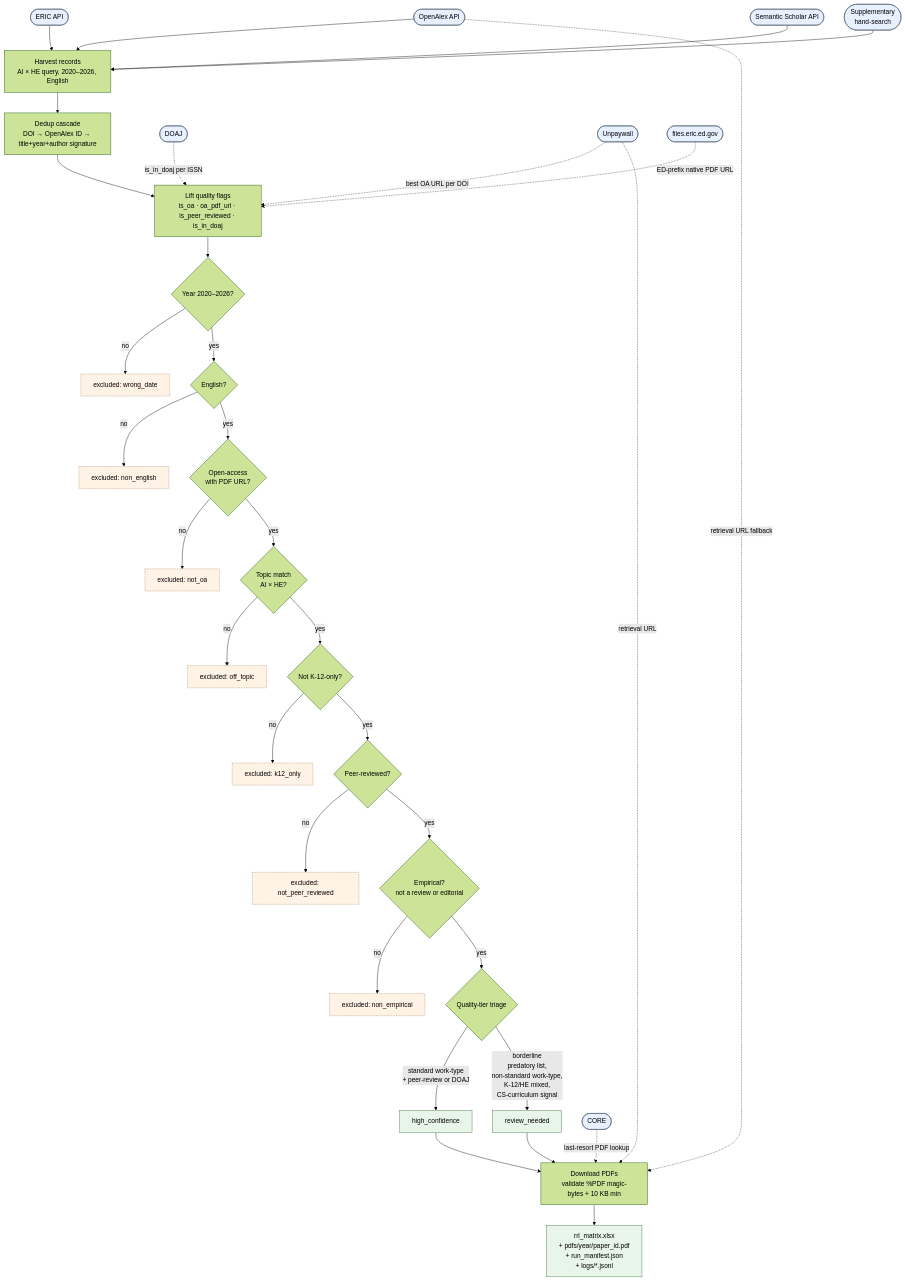
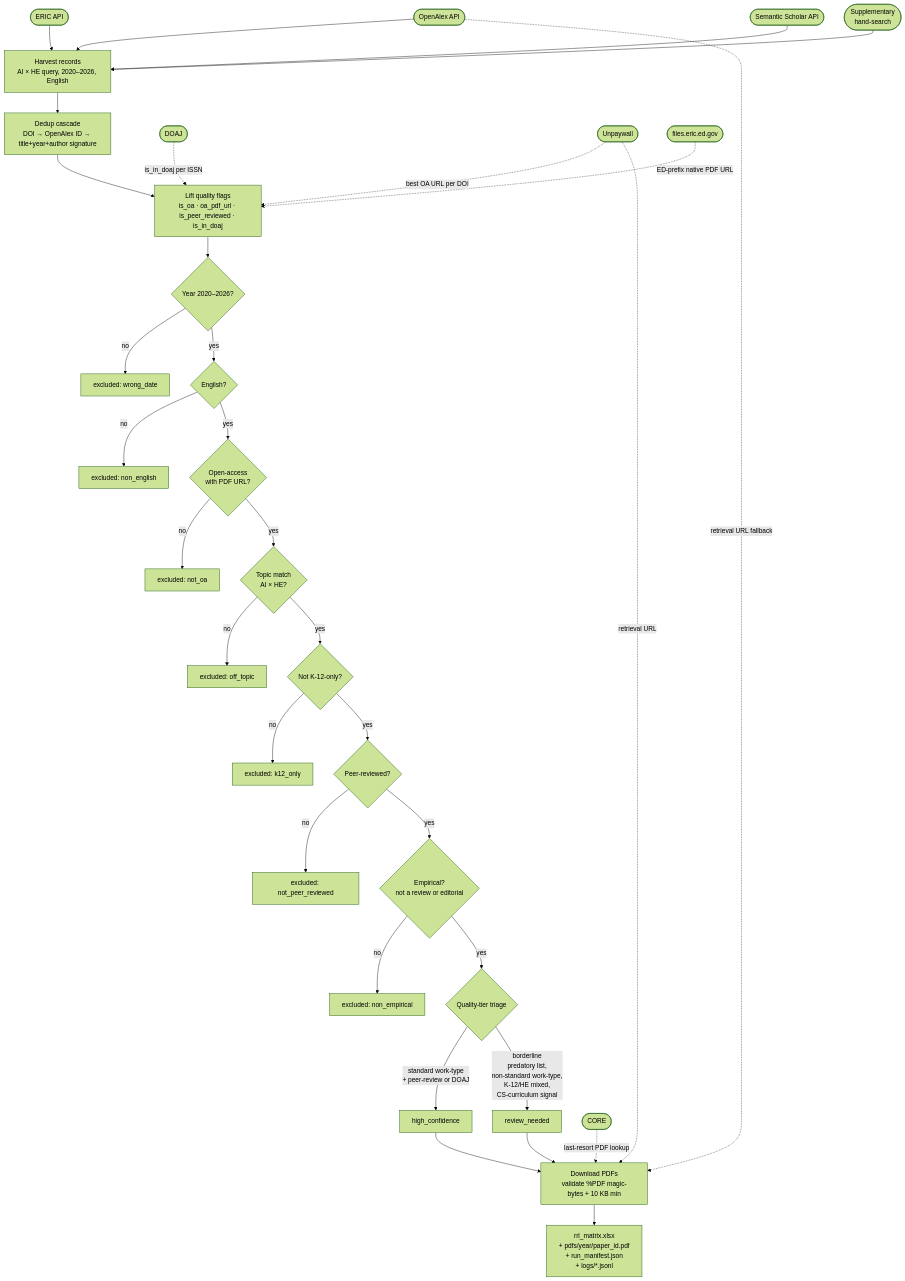
The first of 2 diagrams in README.md (benjiesotelo-sudo/AI-Higher-Ed-RRL), drawn with Mermaid (forest theme) before and after one commit. The commit also changed other lines of this file, not shown here.

Commit message:
docs(readme): drop classDef overrides so Mermaid auto-themes (dark/light)
The pale-pastel fills I added were chosen for a light background and
washed out on GitHub's dark theme — service-pill labels ("ERIC API",
"OpenAlex API" etc.) and the cream exclusion pills were unreadable.

Removing the classDef blocks lets Mermaid pick its built-in palette,
which GitHub auto-adapts to whatever theme the viewer is using.
Shape vocabulary (rounded = services, square = code/files, diamond
= decisions, cylinder = storage) still carries the semantic load.

````diff
--- a/README.md
+++ b/README.md
@@ -25,55 +25,48 @@
 ```mermaid
 flowchart TD
     %% External search sources
     SVC_OA([OpenAlex API])
     SVC_ERIC([ERIC API])
     SVC_S2([Semantic Scholar API])
     HAND([Supplementary<br/>hand-search])
 
     %% Harvest + dedup
     SVC_OA --> HARV
     SVC_ERIC --> HARV
     SVC_S2 --> HARV
     HAND --> HARV
     HARV[Harvest records<br/>AI × HE query, 2020–2026, English] --> DEDUP[Dedup cascade<br/>DOI → OpenAlex ID → title+year+author signature]
 
     %% Enrichment
     DEDUP --> ENR[Lift quality flags<br/>is_oa · oa_pdf_url · is_peer_reviewed · is_in_doaj]
     SVC_DOAJ([DOAJ]) -. is_in_doaj per ISSN .-> ENR
     SVC_UPW([Unpaywall]) -. best OA URL per DOI .-> ENR
     SVC_ERICF([files.eric.ed.gov]) -. ED-prefix native PDF URL .-> ENR
 
     %% Screening cascade
     ENR --> F1{Year 2020–2026?}
     F1 -- no --> X1[excluded: wrong_date]
     F1 -- yes --> F2{English?}
     F2 -- no --> X2[excluded: non_english]
     F2 -- yes --> F3{Open-access<br/>with PDF URL?}
     F3 -- no --> X3[excluded: not_oa]
     F3 -- yes --> F4{Topic match<br/>AI × HE?}
     F4 -- no --> X4[excluded: off_topic]
     F4 -- yes --> F5{Not K-12-only?}
     F5 -- no --> X5[excluded: k12_only]
     F5 -- yes --> F6{Peer-reviewed?}
     F6 -- no --> X6[excluded: not_peer_reviewed]
     F6 -- yes --> F7{Empirical?<br/>not a review or editorial}
     F7 -- no --> X7[excluded: non_empirical]
     F7 -- yes --> TIER{Quality-tier triage}
     TIER -- standard work-type<br/>+ peer-review or DOAJ --> HC[high_confidence]
     TIER -- borderline<br/>predatory list,<br/>non-standard work-type,<br/>K-12/HE mixed,<br/>CS-curriculum signal --> RN[review_needed]
 
     %% Retrieval + output
     HC --> DL[Download PDFs<br/>validate %PDF magic-bytes + 10 KB min]
     RN --> DL
     SVC_UPW -. retrieval URL .-> DL
     SVC_OA -. retrieval URL fallback .-> DL
     SVC_CORE([CORE]) -. last-resort PDF lookup .-> DL
     DL --> OUT[rrl_matrix.xlsx<br/>+ pdfs/year/paper_id.pdf<br/>+ run_manifest.json<br/>+ logs/*.jsonl]
-
-    classDef service fill:#e6f0ff,stroke:#456;
-    classDef exclusion fill:#fff3e6,stroke:#a86,stroke-dasharray:4 2;
-    classDef output fill:#e8f5e9,stroke:#487048;
-    class SVC_OA,SVC_ERIC,SVC_S2,HAND,SVC_DOAJ,SVC_UPW,SVC_ERICF,SVC_CORE service;
-    class X1,X2,X3,X4,X5,X6,X7 exclusion;
-    class HC,RN,OUT output;
 ```
````
